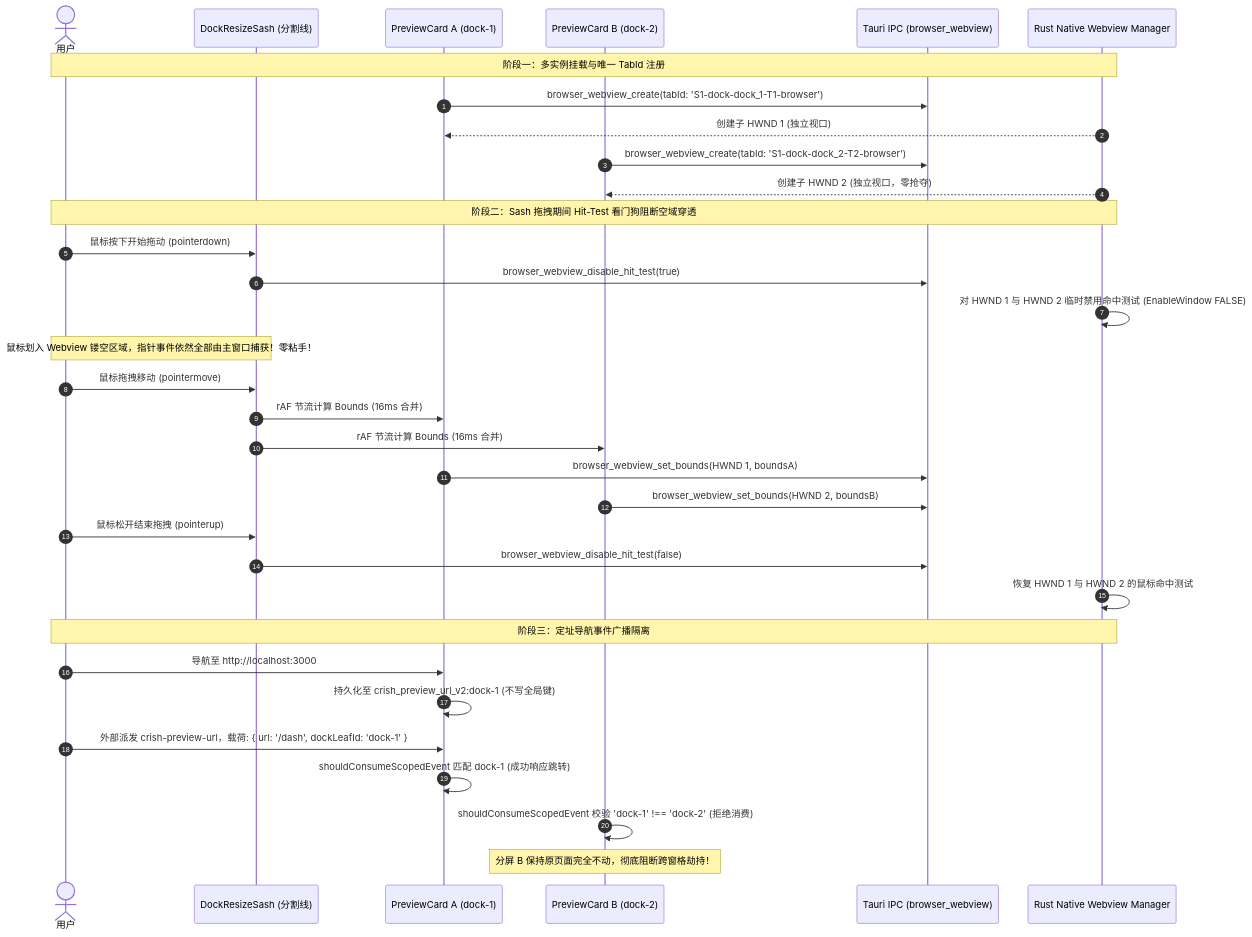
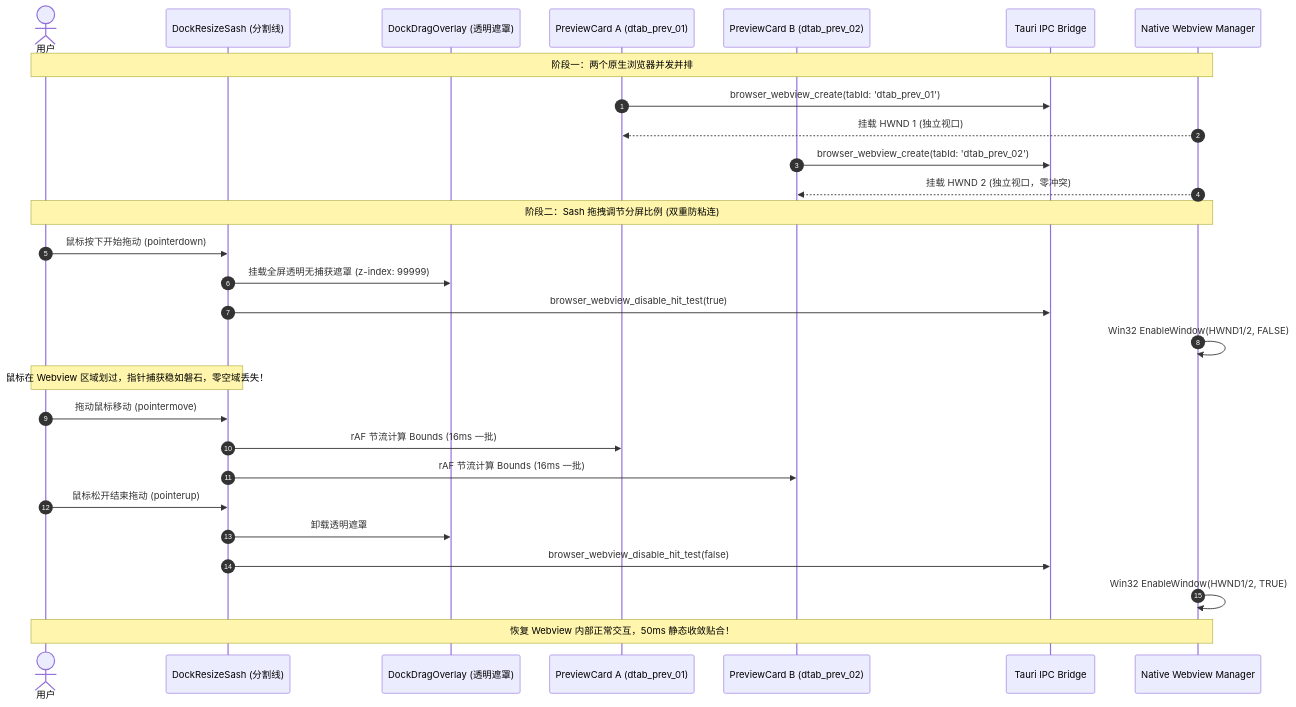
The third of 3 diagrams in docs/dock-split-system/analysis/05-多窗格运行时与资源生命周期.md (atobelix/crish), drawn with Mermaid before and after one commit. The commit also changed other lines of this file and 98 other files, not shown here.

First line of the commit message:
feat(dock): land split dock topology, multi-pane runtime and standalone terminal [BATCH-DOCK-SPLIT]

````diff
--- a/docs/dock-split-system/analysis/05-多窗格运行时与资源生命周期.md
+++ b/docs/dock-split-system/analysis/05-多窗格运行时与资源生命周期.md
@@ -811,38 +601,32 @@
 ```mermaid
 sequenceDiagram
     autonumber
     actor User as 用户
     participant Sash as DockResizeSash (分割线)
-    participant PaneA as PreviewCard A (dock-1)
-    participant PaneB as PreviewCard B (dock-2)
-    participant IPC as Tauri IPC (browser_webview)
-    participant RustWebview as Rust Native Webview Manager
+    participant Overlay as DockDragOverlay (透明遮罩)
+    participant PrevA as PreviewCard A (dtab_prev_01)
+    participant PrevB as PreviewCard B (dtab_prev_02)
+    participant IPC as Tauri IPC Bridge
+    participant RustManager as Native Webview Manager
 
-    Note over User,RustWebview: 阶段一：多实例挂载与唯一 TabId 注册
-    PaneA->>IPC: browser_webview_create(tabId: 'S1-dock-dock_1-T1-browser')
-    RustWebview-->>PaneA: 创建子 HWND 1 (独立视口)
-    PaneB->>IPC: browser_webview_create(tabId: 'S1-dock-dock_2-T2-browser')
-    RustWebview-->>PaneB: 创建子 HWND 2 (独立视口，零抢夺)
+    Note over User,RustManager: 阶段一：两个原生浏览器并发并排
+    PrevA->>IPC: browser_webview_create(tabId: 'dtab_prev_01')
+    RustManager-->>PrevA: 挂载 HWND 1 (独立视口)
+    PrevB->>IPC: browser_webview_create(tabId: 'dtab_prev_02')
+    RustManager-->>PrevB: 挂载 HWND 2 (独立视口，零冲突)
 
-    Note over User,RustWebview: 阶段二：Sash 拖拽期间 Hit-Test 看门狗阻断空域穿透
+    Note over User,RustManager: 阶段二：Sash 拖拽调节分屏比例 (双重防粘连)
     User->>Sash: 鼠标按下开始拖动 (pointerdown)
+    Sash->>Overlay: 挂载全屏透明无捕获遮罩 (z-index: 99999)
     Sash->>IPC: browser_webview_disable_hit_test(true)
-    RustWebview->>RustWebview: 对 HWND 1 与 HWND 2 临时禁用命中测试 (EnableWindow FALSE)
-    Note over User,Sash: 鼠标划入 Webview 镂空区域，指针事件依然全部由主窗口捕获！零粘手！
-    User->>Sash: 鼠标拖拽移动 (pointermove)
-    Sash->>PaneA: rAF 节流计算 Bounds (16ms 合并)
-    Sash->>PaneB: rAF 节流计算 Bounds (16ms 合并)
-    PaneA->>IPC: browser_webview_set_bounds(HWND 1, boundsA)
-    PaneB->>IPC: browser_webview_set_bounds(HWND 2, boundsB)
-    User->>Sash: 鼠标松开结束拖拽 (pointerup)
+    RustManager->>RustManager: Win32 EnableWindow(HWND1/2, FALSE)
+    Note over User,Sash: 鼠标在 Webview 区域划过，指针捕获稳如磐石，零空域丢失！
+    User->>Sash: 拖动鼠标移动 (pointermove)
+    Sash->>PrevA: rAF 节流计算 Bounds (16ms 一批)
+    Sash->>PrevB: rAF 节流计算 Bounds (16ms 一批)
+    User->>Sash: 鼠标松开结束拖动 (pointerup)
+    Sash->>Overlay: 卸载透明遮罩
     Sash->>IPC: browser_webview_disable_hit_test(false)
-    RustWebview->>RustWebview: 恢复 HWND 1 与 HWND 2 的鼠标命中测试
-
-    Note over User,RustWebview: 阶段三：定址导航事件广播隔离
-    User->>PaneA: 导航至 http://localhost:3000
-    PaneA->>PaneA: 持久化至 crish_preview_url_v2:dock-1 (不写全局键)
-    User->>PaneA: 外部派发 crish-preview-url，载荷: { url: '/dash', dockLeafId: 'dock-1' }
-    PaneA->>PaneA: shouldConsumeScopedEvent 匹配 dock-1 (成功响应跳转)
-    PaneB->>PaneB: shouldConsumeScopedEvent 校验 'dock-1' !== 'dock-2' (拒绝消费)
-    Note over PaneB: 分屏 B 保持原页面完全不动，彻底阻断跨窗格劫持！
+    RustManager->>RustManager: Win32 EnableWindow(HWND1/2, TRUE)
+    Note over User,RustManager: 恢复 Webview 内部正常交互，50ms 静态收敛贴合！
 ```
````
